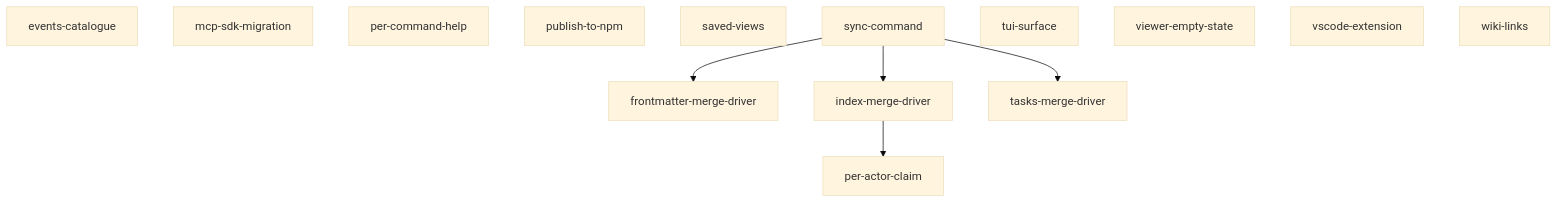
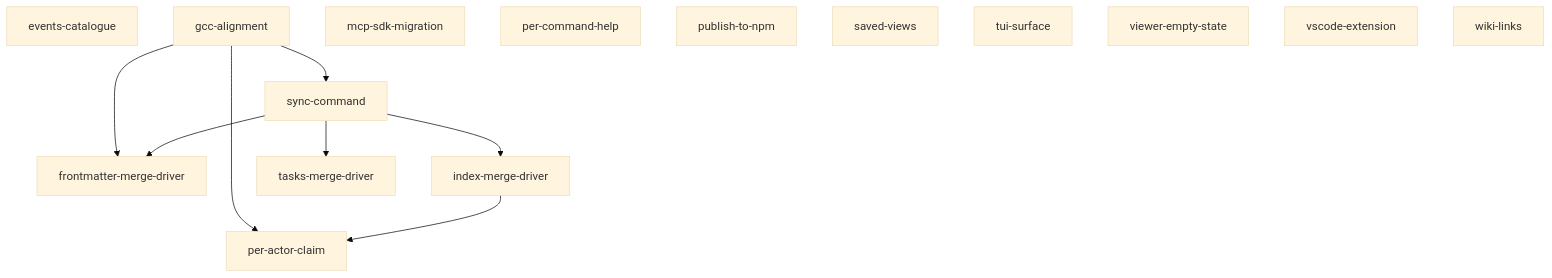
Before and after one commit to morrieinmaas/zettelgeist: the diagram in specs/INDEX.md, drawn with Mermaid (base theme). The commit also changed other lines of this file and 3 other files, not shown here.

First line of the commit message:
spec(gcc-alignment): v0.3 plan — OTA log + windowed context retrieval (#6)

````diff
--- a/specs/INDEX.md
+++ b/specs/INDEX.md
@@ -24,21 +25,25 @@
 ```mermaid
 graph TD
   events-catalogue
   frontmatter-merge-driver
+  gcc-alignment
   index-merge-driver
   mcp-sdk-migration
   per-actor-claim
   per-command-help
   publish-to-npm
   saved-views
   sync-command
   tasks-merge-driver
   tui-surface
   viewer-empty-state
   vscode-extension
   wiki-links
+  gcc-alignment --> frontmatter-merge-driver
+  gcc-alignment --> per-actor-claim
+  gcc-alignment --> sync-command
   index-merge-driver --> per-actor-claim
   sync-command --> frontmatter-merge-driver
   sync-command --> index-merge-driver
   sync-command --> tasks-merge-driver
 ```
````
